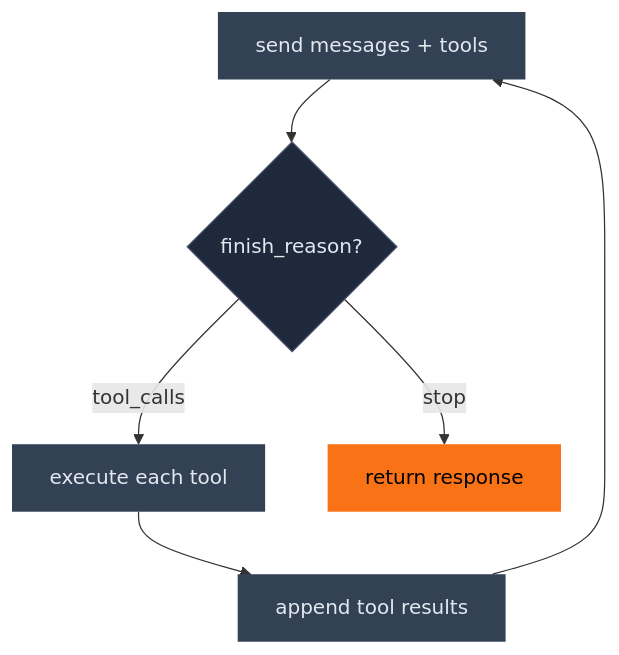
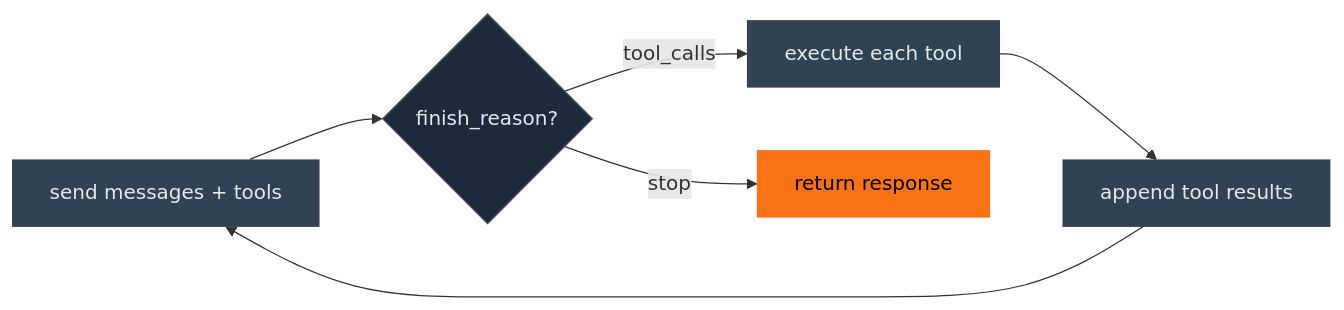
Before and after one commit to parttimenerd/tiny-llm-library-demo: the sixth of 14 diagrams in slides/slides.md, drawn with Mermaid. The commit also changed other lines of this file and 6 other files, not shown here.

````diff
--- a/slides/slides.md
+++ b/slides/slides.md
@@ -1296,13 +1293,13 @@
 ```mermaid {theme: 'dark', scale: 1.1}
-flowchart TD
+flowchart LR
   A[send messages + tools] --> B{finish_reason?}
   B -->|tool_calls| C[execute each tool]
   C --> D[append tool results]
   D --> A
   B -->|stop| E[return response]
   style A fill:#334155,color:#e2e8f0,stroke:none
   style E fill:#f97316,color:#000,stroke:none
   style B fill:#1e293b,color:#e2e8f0,stroke:#475569
   style C fill:#334155,color:#e2e8f0,stroke:none
   style D fill:#334155,color:#e2e8f0,stroke:none
 ```
````
